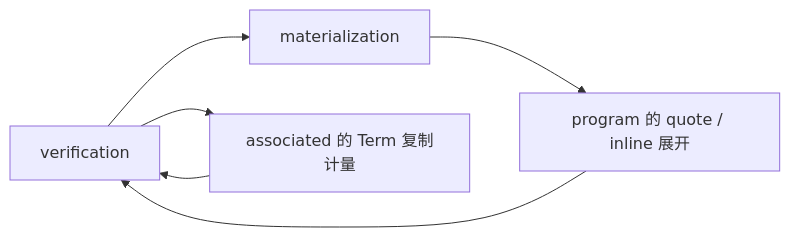
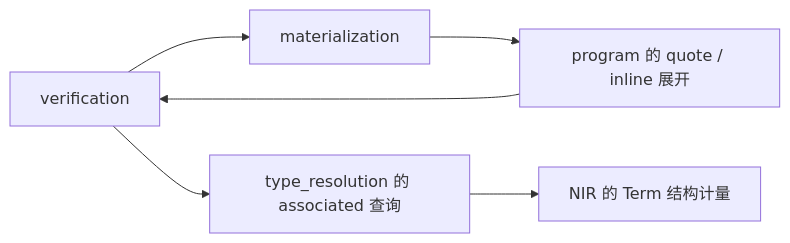
Before and after one commit to Finlifin/luna: the diagram in development/elaboration-split.md, drawn with Mermaid. The commit also changed other lines of this file and 43 other files, not shown here.

````diff
--- a/development/elaboration-split.md
+++ b/development/elaboration-split.md
@@ -50,8 +50,8 @@
 ```mermaid
 flowchart LR
     V[verification] --> M[materialization]
     M --> P[program 的 quote / inline 展开]
     P --> V
-    V --> A[associated 的 Term 复制计量]
-    A --> V
+    V --> A[type_resolution 的 associated 查询]
+    A --> N[NIR 的 Term 结构计量]
 ```
````
